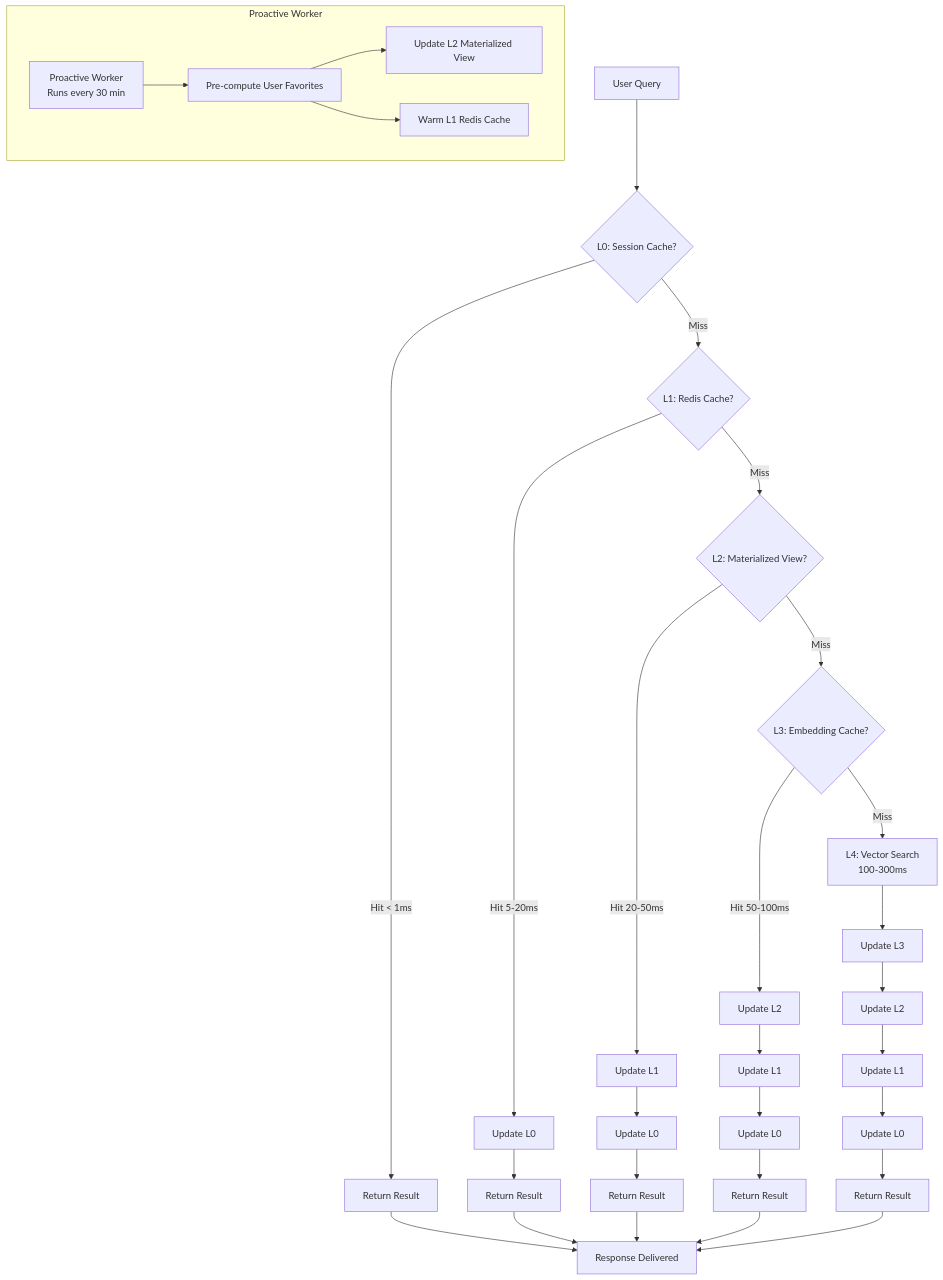
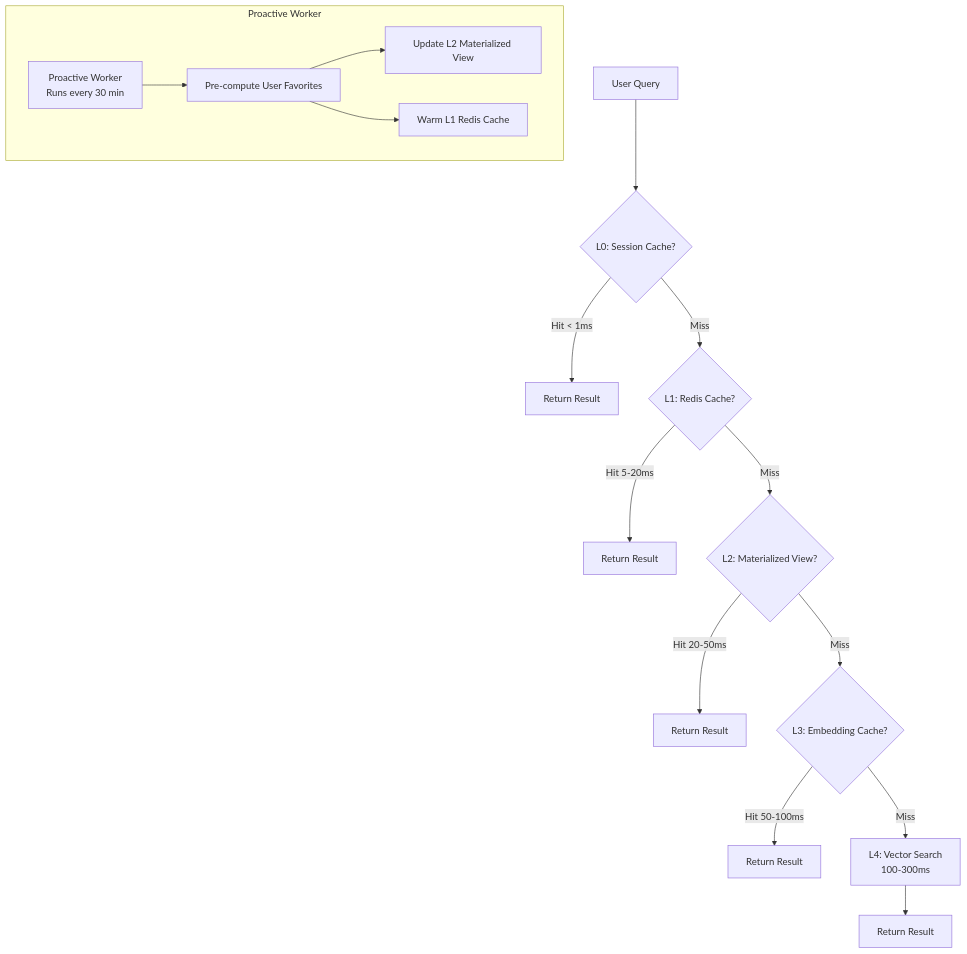
The second of 2 diagrams in DATA_SCIENCE_AND_AI/Domain8AdvancedAIApplications/1_AIAgents/2_Memory/Phần 1 - Memory Chung/Cách 2 - Mem0/Untitled.md (DoanNgocCuong/working), drawn with Mermaid before and after one commit. The commit also changed other lines of this file, not shown here.

````diff
--- a/DATA_SCIENCE_AND_AI/Domain8AdvancedAIApplications/1_AIAgents/2_Memory/Phần 1 - Memory Chung/Cách 2 - Mem0/Untitled.md
+++ b/DATA_SCIENCE_AND_AI/Domain8AdvancedAIApplications/1_AIAgents/2_Memory/Phần 1 - Memory Chung/Cách 2 - Mem0/Untitled.md
@@ -322,30 +138,19 @@
 ```mermaid
 graph TD
-    Start[User Query] --> L0_Check{L0: Session Cache?}
-  
-    L0_Check -->|Hit < 1ms| Return_L0[Return Result]
-    L0_Check -->|Miss| L1_Check{L1: Redis Cache?}
-  
-    L1_Check -->|Hit 5-20ms| Update_L0[Update L0] --> Return_L1[Return Result]
-    L1_Check -->|Miss| L2_Check{L2: Materialized View?}
-  
-    L2_Check -->|Hit 20-50ms| Update_L1[Update L1] --> Update_L0_2[Update L0] --> Return_L2[Return Result]
-    L2_Check -->|Miss| L3_Check{L3: Embedding Cache?}
-  
-    L3_Check -->|Hit 50-100ms| Update_L2[Update L2] --> Update_L1_2[Update L1] --> Update_L0_3[Update L0] --> Return_L3[Return Result]
-    L3_Check -->|Miss| L4_Search[L4: Vector Search<br/>100-300ms]
-  
-    L4_Search --> Update_L3[Update L3] --> Update_L2_2[Update L2] --> Update_L1_3[Update L1] --> Update_L0_4[Update L0] --> Return_L4[Return Result]
-  
-    Return_L0 --> Response[Response Delivered]
-    Return_L1 --> Response
-    Return_L2 --> Response
-    Return_L3 --> Response
-    Return_L4 --> Response
+    Start[User Query] --> L0{L0: Session Cache?}
+    L0 -->|Hit < 1ms| Return_L0[Return Result]
+    L0 -->|Miss| L1{L1: Redis Cache?}
+    L1 -->|Hit 5-20ms| Return_L1[Return Result]
+    L1 -->|Miss| L2{L2: Materialized View?}
+    L2 -->|Hit 20-50ms| Return_L2[Return Result]
+    L2 -->|Miss| L3{L3: Embedding Cache?}
+    L3 -->|Hit 50-100ms| Return_L3[Return Result]
+    L3 -->|Miss| L4[L4: Vector Search<br/>100-300ms]
+    L4 --> Return_L4[Return Result]
   
     subgraph "Proactive Worker"
         Worker[Proactive Worker<br/>Runs every 30 min] --> PreCompute[Pre-compute User Favorites]
-        PreCompute --> Update_L2_MV[Update L2 Materialized View]
+        PreCompute --> Update_L2[Update L2 Materialized View]
         PreCompute --> Warm_L1[Warm L1 Redis Cache]
     end
 ```
````
